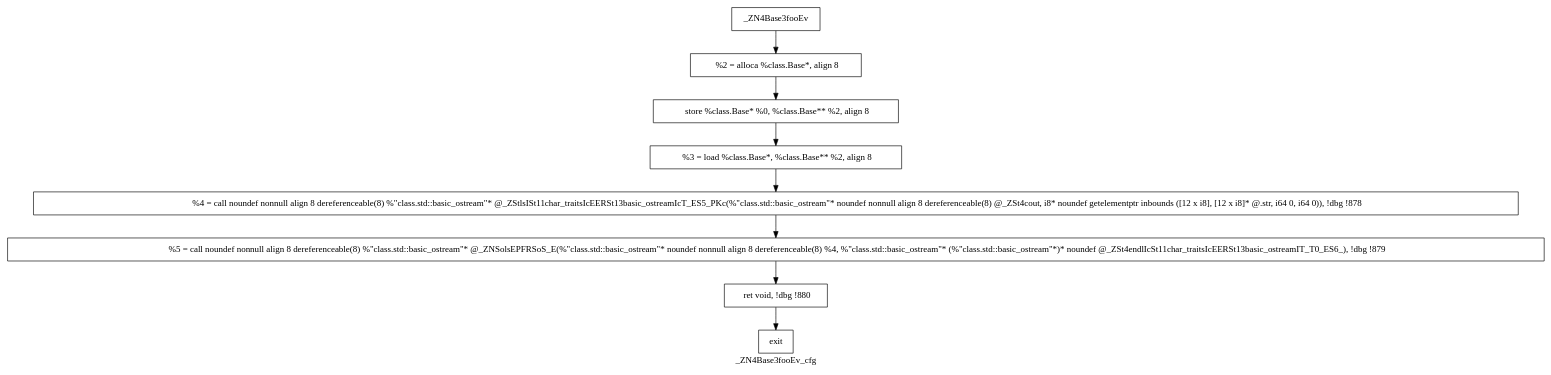
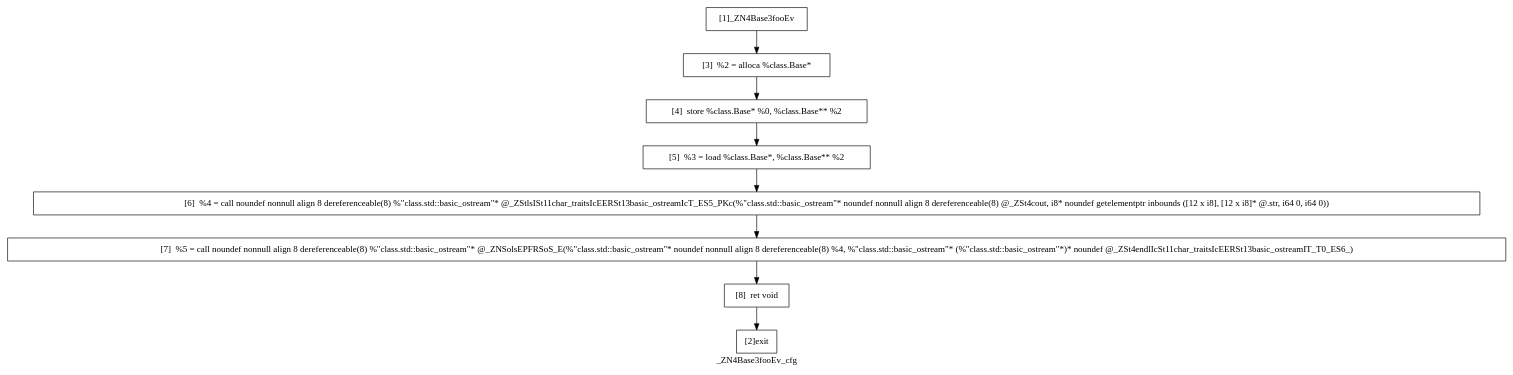
The diagram in pa_template/benchmark/bench5/_ZN4Base3fooEv_cfg.dot (Mike-Wilson22/Program-Analysis), drawn with Graphviz before and after one commit. The commit also changed 149 other files, not shown here.

```diff
--- a/pa_template/benchmark/bench5/_ZN4Base3fooEv_cfg.dot
+++ b/pa_template/benchmark/bench5/_ZN4Base3fooEv_cfg.dot
@@ -1,24 +1,24 @@
 digraph "_ZN4Base3fooEv_cfg"{
 	label="_ZN4Base3fooEv_cfg";
 
 
 	// Define the nodes
-	N1 [shape=rectangle, color=black,label="_ZN4Base3fooEv"];
-	N2 [shape=rectangle, color=black,label="exit"];
-	N3 [shape=rectangle, color=black,label="  %2 = alloca %class.Base*, align 8"];
-	N4 [shape=rectangle, color=black,label="  store %class.Base* %0, %class.Base** %2, align 8"];
-	N5 [shape=rectangle, color=black,label="  %3 = load %class.Base*, %class.Base** %2, align 8"];
-	N6 [shape=rectangle, color=black,label="  %4 = call noundef nonnull align 8 dereferenceable(8) %\"class.std::basic_ostream\"* @_ZStlsISt11char_traitsIcEERSt13basic_ostreamIcT_ES5_PKc(%\"class.std::basic_ostream\"* noundef nonnull align 8 dereferenceable(8) @_ZSt4cout, i8* noundef getelementptr inbounds ([12 x i8], [12 x i8]* @.str, i64 0, i64 0)), !dbg !878"];
-	N7 [shape=rectangle, color=black,label="  %5 = call noundef nonnull align 8 dereferenceable(8) %\"class.std::basic_ostream\"* @_ZNSolsEPFRSoS_E(%\"class.std::basic_ostream\"* noundef nonnull align 8 dereferenceable(8) %4, %\"class.std::basic_ostream\"* (%\"class.std::basic_ostream\"*)* noundef @_ZSt4endlIcSt11char_traitsIcEERSt13basic_ostreamIT_T0_ES6_), !dbg !879"];
-	N8 [shape=rectangle, color=black,label="  ret void, !dbg !880"];
+	N1 [shape=rectangle, color=black,label="[1]_ZN4Base3fooEv"];
+	N2 [shape=rectangle, color=black,label="[2]exit"];
+	N3 [shape=rectangle, color=black,label="[3]  %2 = alloca %class.Base*"];
+	N4 [shape=rectangle, color=black,label="[4]  store %class.Base* %0, %class.Base** %2"];
+	N5 [shape=rectangle, color=black,label="[5]  %3 = load %class.Base*, %class.Base** %2"];
+	N6 [shape=rectangle, color=black,label="[6]  %4 = call noundef nonnull align 8 dereferenceable(8) %\"class.std::basic_ostream\"* @_ZStlsISt11char_traitsIcEERSt13basic_ostreamIcT_ES5_PKc(%\"class.std::basic_ostream\"* noundef nonnull align 8 dereferenceable(8) @_ZSt4cout, i8* noundef getelementptr inbounds ([12 x i8], [12 x i8]* @.str, i64 0, i64 0))"];
+	N7 [shape=rectangle, color=black,label="[7]  %5 = call noundef nonnull align 8 dereferenceable(8) %\"class.std::basic_ostream\"* @_ZNSolsEPFRSoS_E(%\"class.std::basic_ostream\"* noundef nonnull align 8 dereferenceable(8) %4, %\"class.std::basic_ostream\"* (%\"class.std::basic_ostream\"*)* noundef @_ZSt4endlIcSt11char_traitsIcEERSt13basic_ostreamIT_T0_ES6_)"];
+	N8 [shape=rectangle, color=black,label="[8]  ret void"];
 
 
 	// Define the edges
 	N1 -> N3[color=black,label=""];
 	N3 -> N4[color=black,label=""];
 	N4 -> N5[color=black,label=""];
 	N5 -> N6[color=black,label=""];
 	N6 -> N7[color=black,label=""];
 	N7 -> N8[color=black,label=""];
 	N8 -> N2[color=black,label=""];
 }
```
